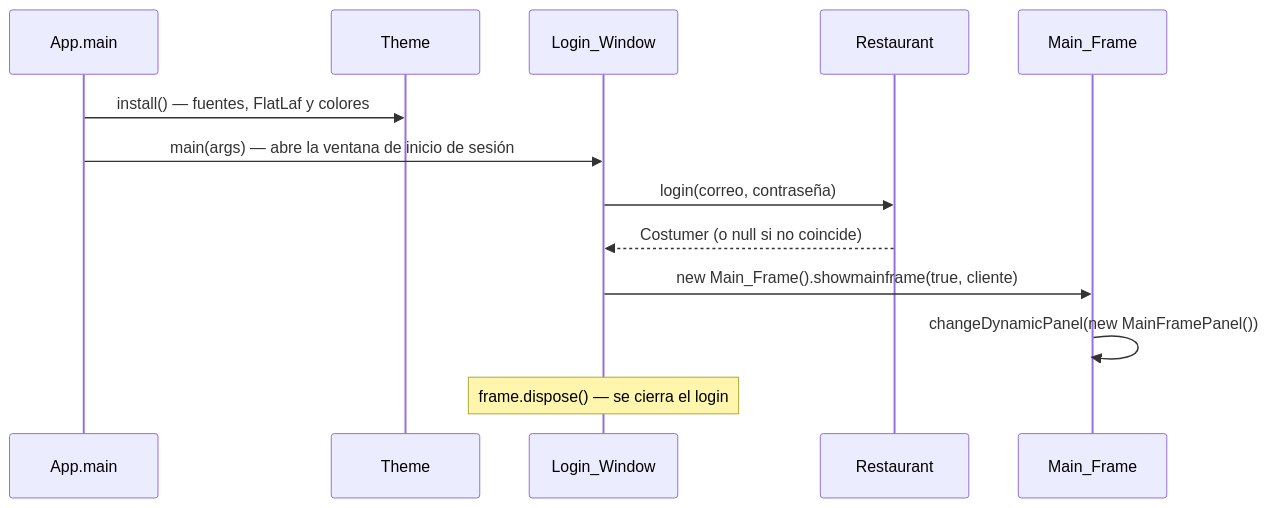
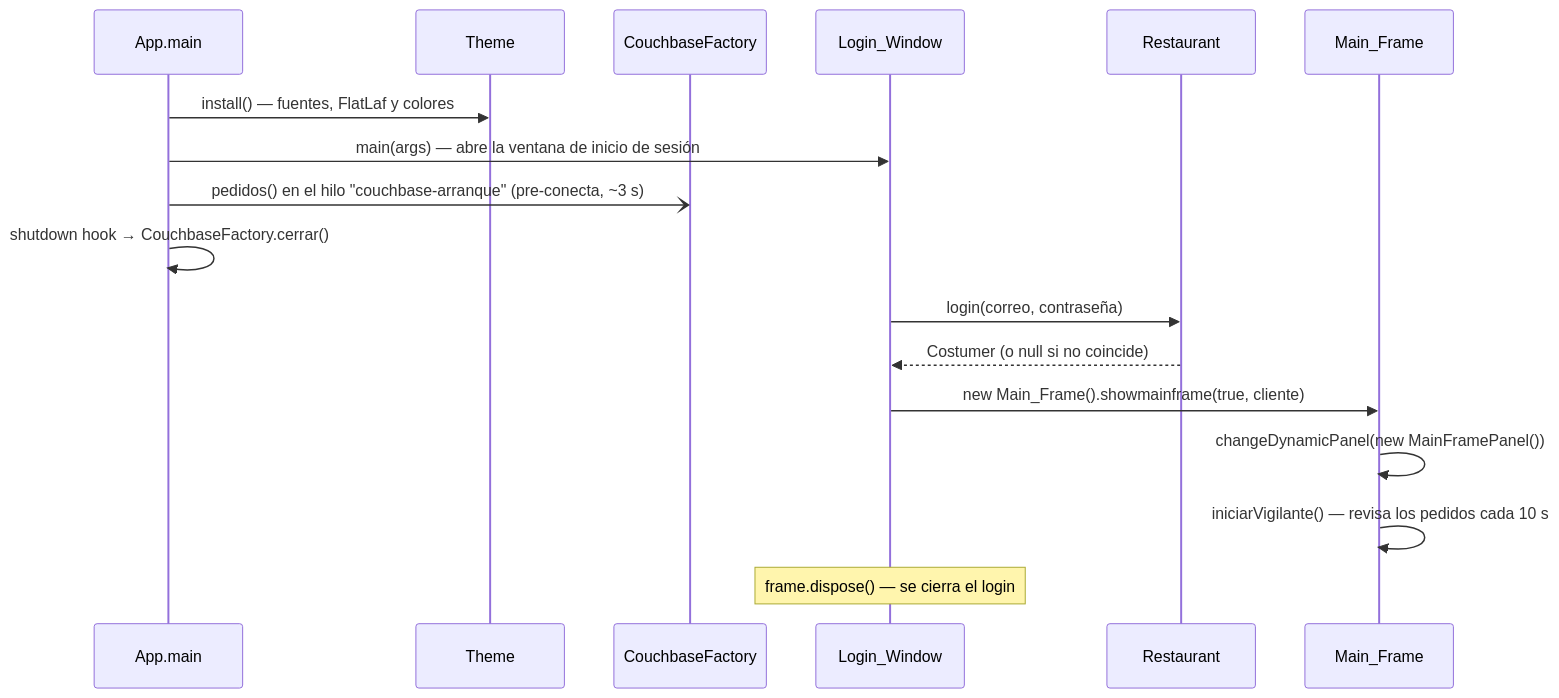
The first of 5 diagrams in docs/REFERENCIA_TECNICA.md (Jesusjes00/Le-cartoon-Gourtmet), drawn with Mermaid before and after one commit. The commit also changed other lines of this file, not shown here.

Commit message:
Docs: referencia tecnica al dia (Couchbase, tarjetas, direccion, sucursal por alcaldia, repartidor, swipe, ramas data/Client_data)

````diff
--- a/docs/REFERENCIA_TECNICA.md
+++ b/docs/REFERENCIA_TECNICA.md
@@ -31,16 +41,20 @@
 ```mermaid
 sequenceDiagram
     participant A as App.main
     participant T as Theme
+    participant CB as CouchbaseFactory
     participant L as Login_Window
     participant R as Restaurant
     participant M as Main_Frame
 
     A->>T: install() — fuentes, FlatLaf y colores
     A->>L: main(args) — abre la ventana de inicio de sesión
+    A-)CB: pedidos() en el hilo "couchbase-arranque" (pre-conecta, ~3 s)
+    A->>A: shutdown hook → CouchbaseFactory.cerrar()
     L->>R: login(correo, contraseña)
     R-->>L: Costumer (o null si no coincide)
     L->>M: new Main_Frame().showmainframe(true, cliente)
     M->>M: changeDynamicPanel(new MainFramePanel())
+    M->>M: iniciarVigilante() — revisa los pedidos cada 10 s
     Note over L: frame.dispose() — se cierra el login
 ```
````
